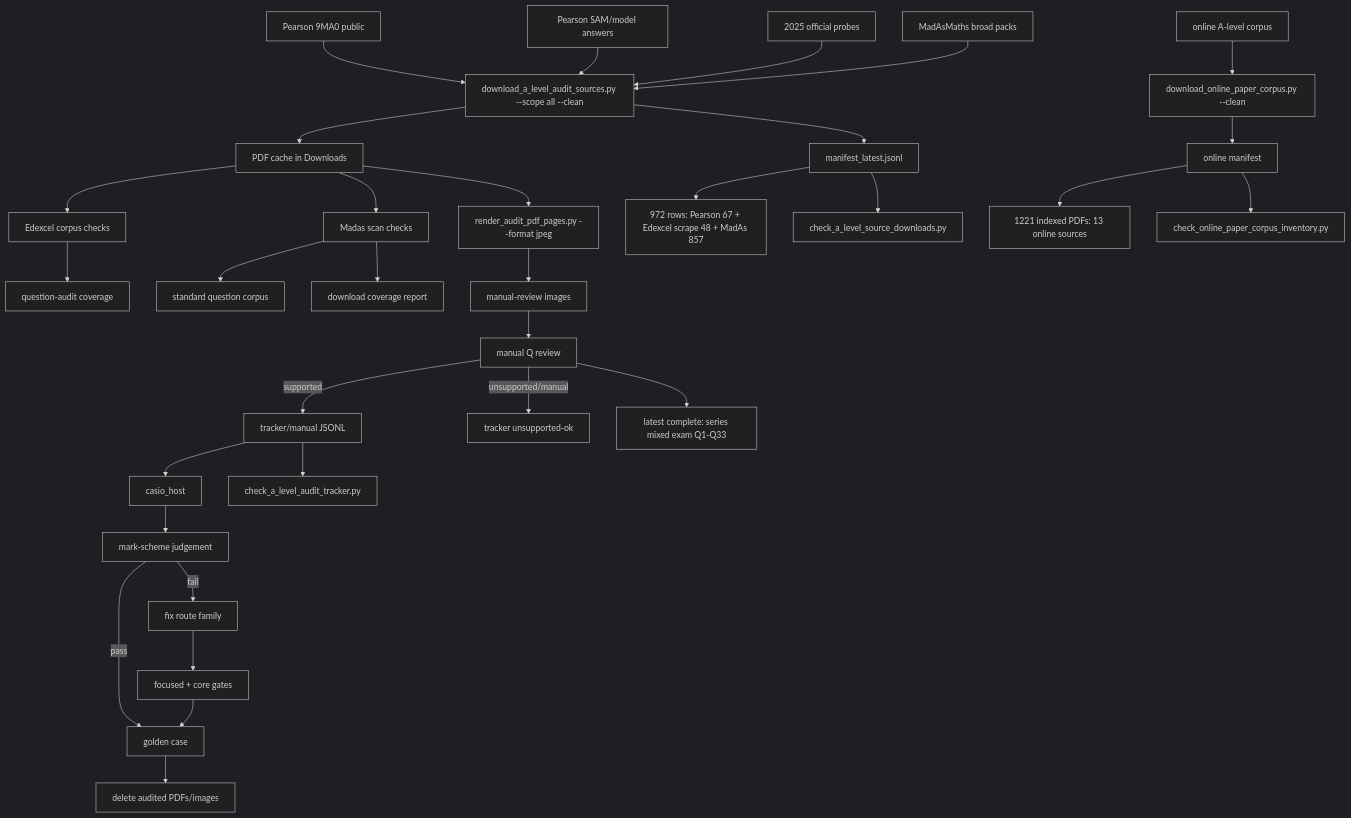
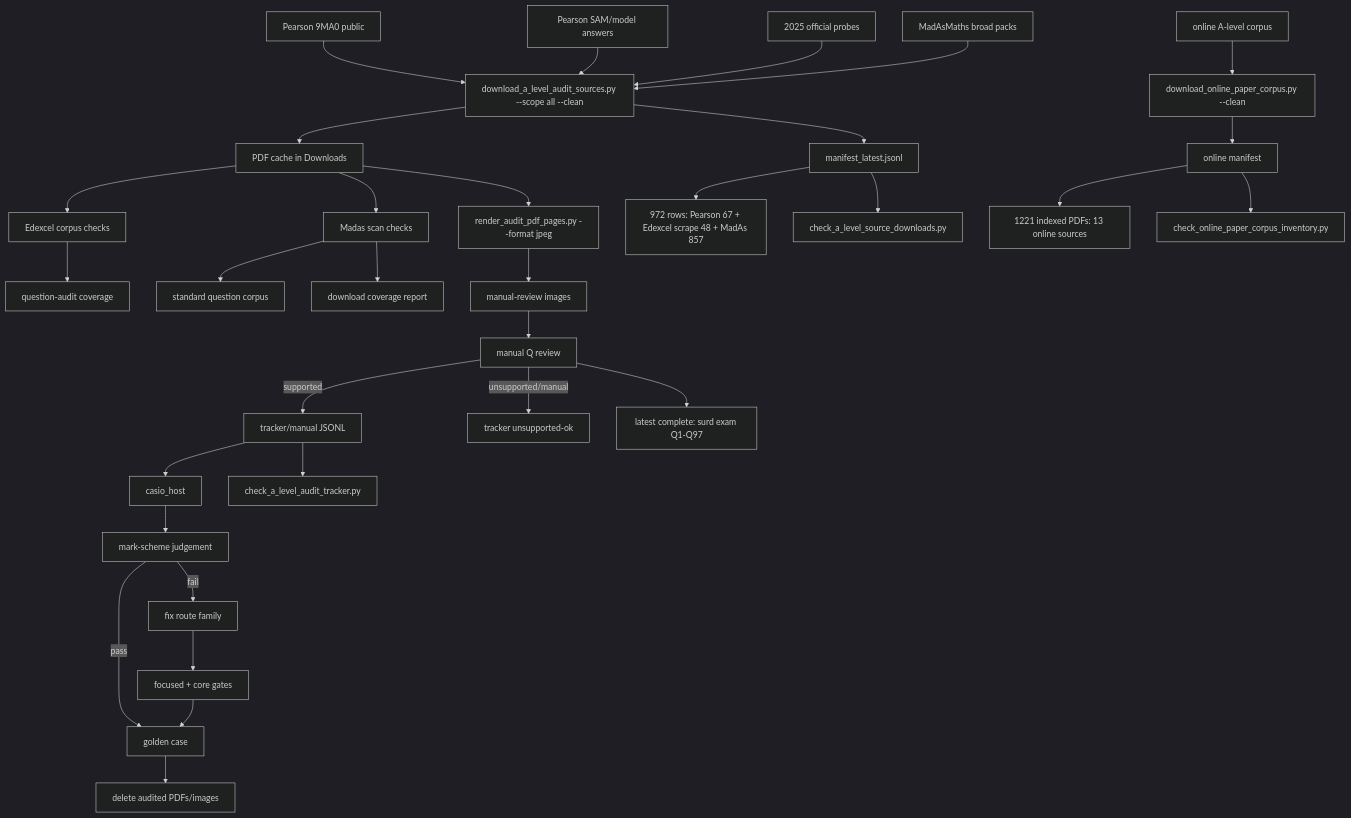
Before and after one commit to james8464/notes-addin-casio-fx-cg50: the diagram in c++/tools/golden/a_level_audit_graph.md, drawn with Mermaid (dark theme). The commit also changed other lines of this file and 4 other files, not shown here.

Commit message:
Audit surd exam booklet

````diff
--- a/c++/tools/golden/a_level_audit_graph.md
+++ b/c++/tools/golden/a_level_audit_graph.md
@@ -3,34 +3,34 @@
 ```mermaid
 graph TD
   E1["Pearson 9MA0 public"] --> D["download_a_level_audit_sources.py --scope all --clean"]
   E2["Pearson SAM/model answers"] --> D
   E3["2025 official probes"] --> D
   M1["MadAsMaths broad packs"] --> D
   O1["online A-level corpus"] --> OD["download_online_paper_corpus.py --clean"]
   D --> P["PDF cache in Downloads"]
   D --> X["manifest_latest.jsonl"]
   OD --> OX["online manifest"]
   X --> XC["972 rows: Pearson 67 + Edexcel scrape 48 + MadAs 857"]
   OX --> OC["1221 indexed PDFs: 13 online sources"]
   X --> V["check_a_level_source_downloads.py"]
   OX --> OV["check_online_paper_corpus_inventory.py"]
   P --> E["Edexcel corpus checks"]
   E --> EQ["question-audit coverage"]
   P --> S["Madas scan checks"]
   S --> M["standard question corpus"]
   S --> MC["download coverage report"]
   P --> R["render_audit_pdf_pages.py --format jpeg"]
   R --> I["manual-review images"]
   I --> Q["manual Q review"]
   Q -->|supported| J["tracker/manual JSONL"]
   Q -->|unsupported/manual| U["tracker unsupported-ok"]
   J --> H["casio_host"]
   J --> K["check_a_level_audit_tracker.py"]
   H --> C["mark-scheme judgement"]
   C -->|pass| G["golden case"]
   C -->|fail| F["fix route family"]
   F --> T["focused + core gates"]
   T --> G
   G --> Z["delete audited PDFs/images"]
-  Q --> QSeries["latest complete: series mixed exam Q1-Q33"]
+  Q --> QSurd["latest complete: surd exam Q1-Q97"]
 ```
````
